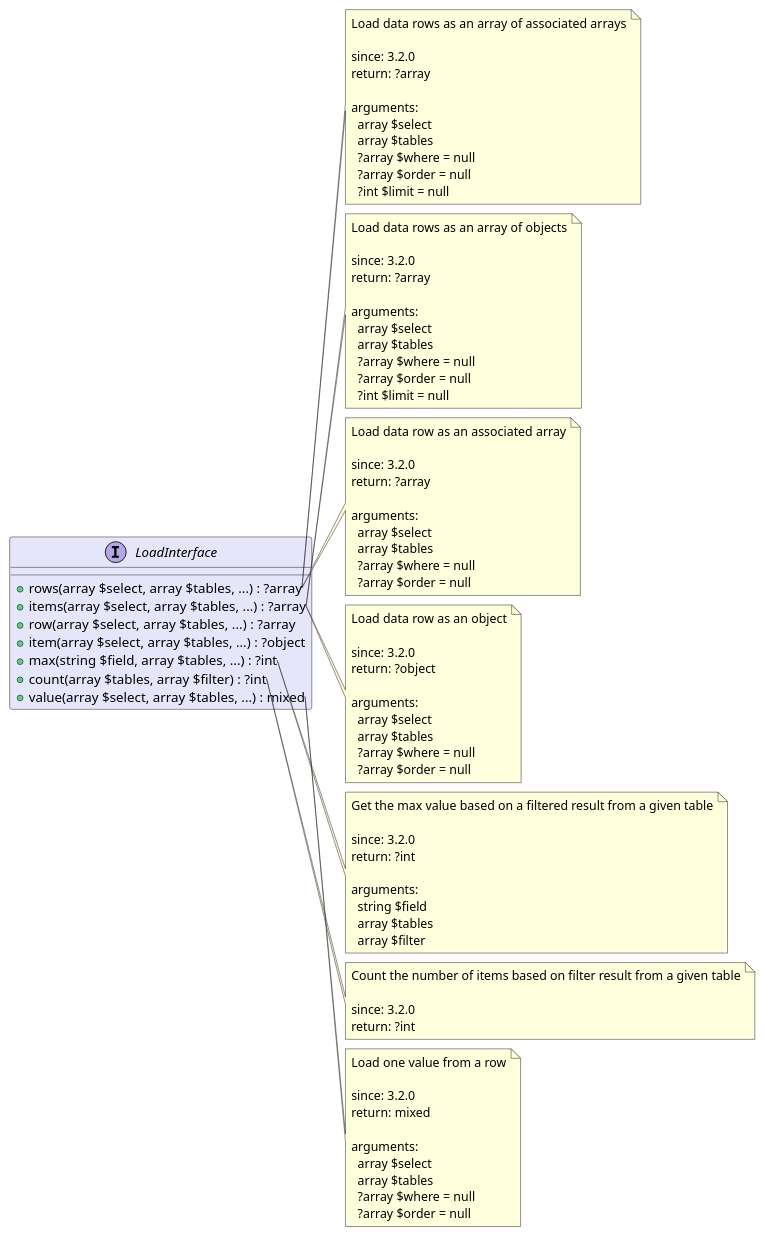
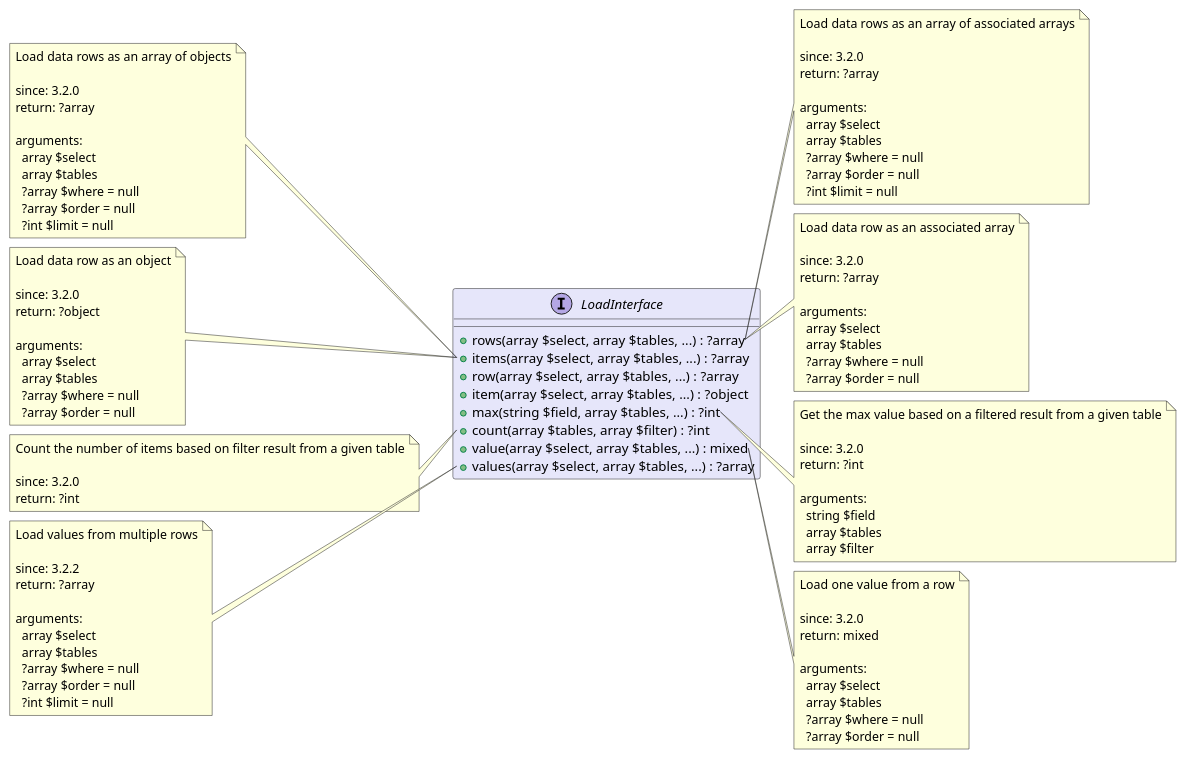
The diagram in src/2ad31f74-f579-499d-b98b-c4f54fd615dd/README.md (joomengine/super-powers), drawn with PlantUML before and after one commit. The commit also changed 48 other files, not shown here.

````diff
--- a/src/2ad31f74-f579-499d-b98b-c4f54fd615dd/README.md
+++ b/src/2ad31f74-f579-499d-b98b-c4f54fd615dd/README.md
@@ -19,6 +19,7 @@
   + max(string $field, array $tables, ...) : ?int
   + count(array $tables, array $filter) : ?int
   + value(array $select, array $tables, ...) : mixed
+  + values(array $select, array $tables, ...) : ?array
 }
 
 note right of LoadInterface::rows
@@ -35,7 +36,7 @@
     ?int $limit = null
 end note
 
-note right of LoadInterface::items
+note left of LoadInterface::items
   Load data rows as an array of objects
 
   since: 3.2.0
@@ -62,7 +63,7 @@
     ?array $order = null
 end note
 
-note right of LoadInterface::item
+note left of LoadInterface::item
   Load data row as an object
 
   since: 3.2.0
@@ -87,7 +88,7 @@
     array $filter
 end note
 
-note right of LoadInterface::count
+note left of LoadInterface::count
   Count the number of items based on filter result from a given table
 
   since: 3.2.0
@@ -106,6 +107,20 @@
     ?array $where = null
     ?array $order = null
 end note
+
+note left of LoadInterface::values
+  Load values from multiple rows
+
+  since: 3.2.2
+  return: ?array
+  
+  arguments:
+    array $select
+    array $tables
+    ?array $where = null
+    ?array $order = null
+    ?int $limit = null
+end note
  
 @enduml
 ```
````
